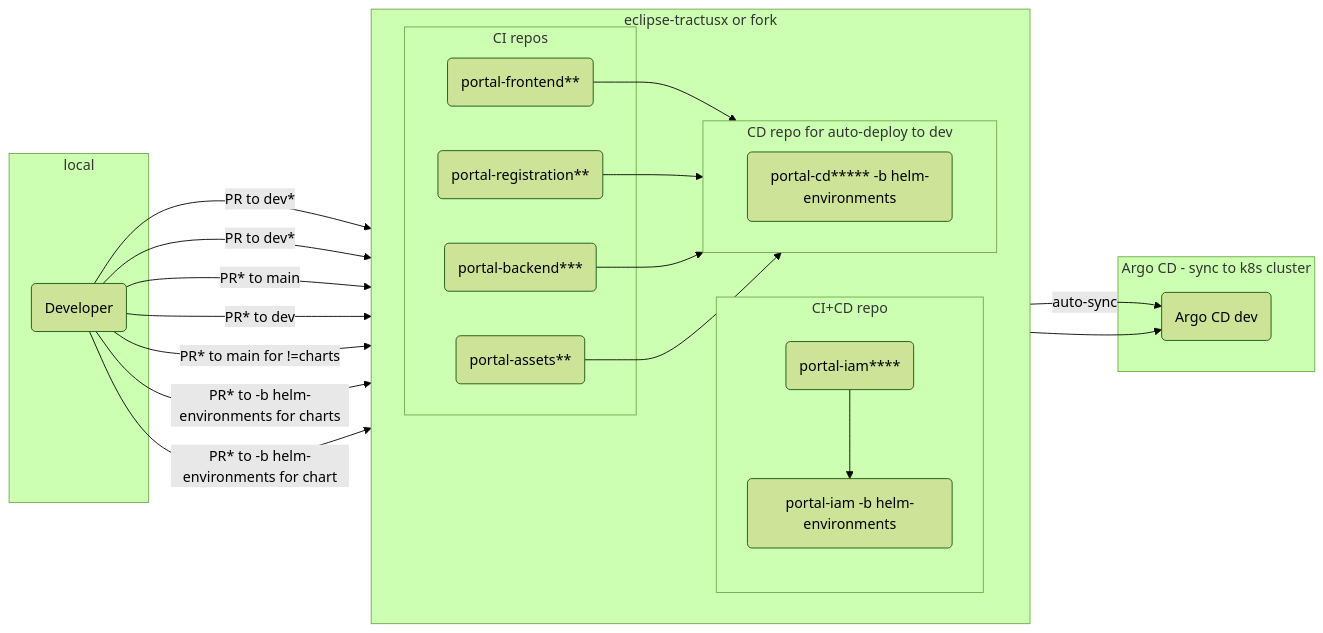
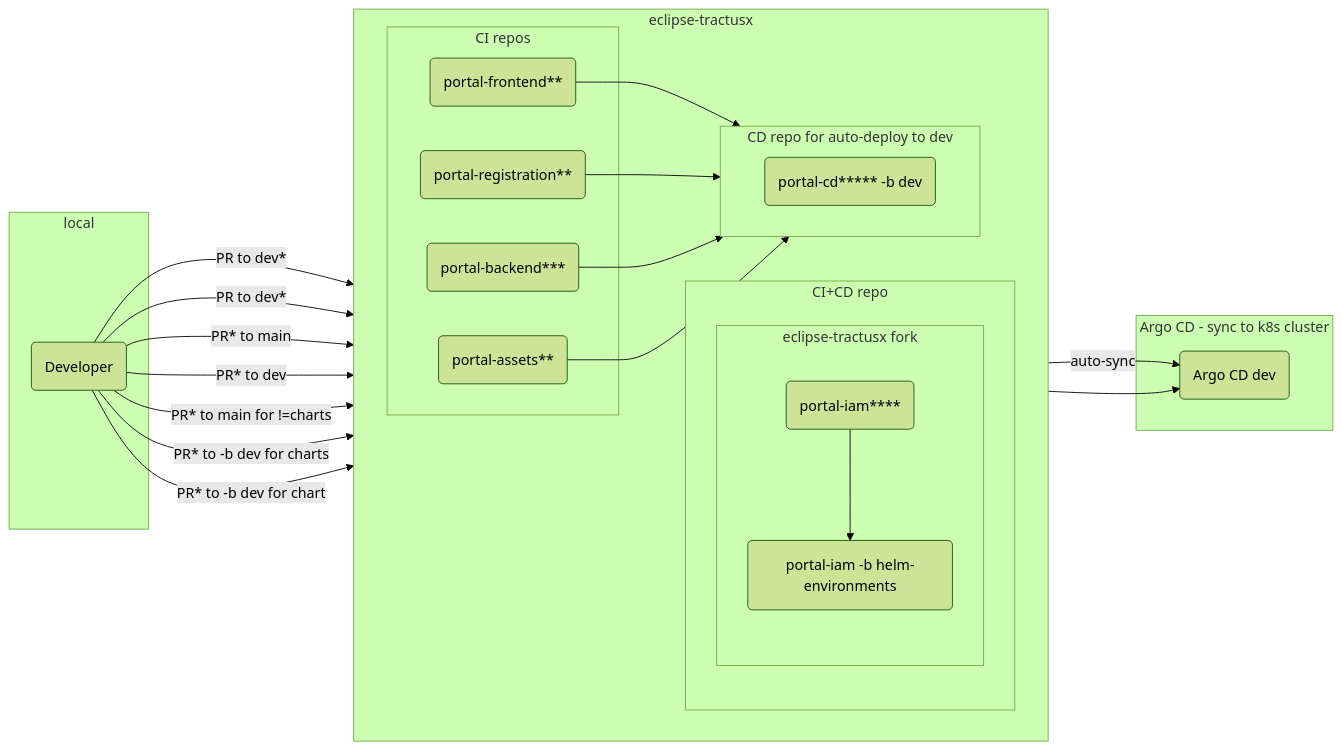
One commit to eclipse-tractusx/portal-assets changed the diagram in developer/Technical Documentation/Dev Process/Dev-flow_deploy-dev-env.md. Above: the diagram before and after it, drawn with Mermaid (forest theme). The commit also changed 1 other file, not shown here.

Commit message:
docs: update dev and release process due to working mode change with feature pull requests directly to eclipse-tractusx

````diff
--- a/developer/Technical Documentation/Dev Process/Dev-flow_deploy-dev-env.md
+++ b/developer/Technical Documentation/Dev Process/Dev-flow_deploy-dev-env.md
@@ -3,40 +3,43 @@
 ```mermaid
 flowchart LR
     subgraph local
     D(Developer)
     end
-    subgraph eclipse-tractusx or fork
+    subgraph eclipse-tractusx
         direction LR
         subgraph CI repos
             D -- PR to dev* --> PF(portal-frontend**)
             D -- PR to dev* --> PR(portal-registration**)
             D -- PR* to main --> PA(portal-assets**)
             D -- PR* to dev--> PB(portal-backend***)
             click PF "https://github.com/eclipse-tractusx/portal-frontend"
             click PR "https://github.com/eclipse-tractusx/portal-frontend-registration"
             click PA "https://github.com/eclipse-tractusx/portal-assets"
             click PB "https://github.com/eclipse-tractusx/portal-backend"
         end
         subgraph CI+CD repo
             direction TB
             D -- PR* to main for !=charts --> PI(portal-iam****)
-            D -- PR* to -b helm-environments for charts --> PI
-            PI --> PICD(portal-iam -b helm-environments)
-            click PI "https://github.com/eclipse-tractusx/portal-iam"
+            D -- PR* to -b dev for charts --> PI
+            subgraph eclipse-tractusx fork
+                direction TB
+                PI --> PICD(portal-iam -b helm-environments)
+                click PI "https://github.com/eclipse-tractusx/portal-iam"
+            end
         end
         subgraph CD repo for auto-deploy to dev
             direction LR
-            PF --> CD(portal-cd***** -b helm-environments)
+            PF --> CD(portal-cd***** -b dev)
             PR --> CD
             PB --> CD
             PA --> CD
-            D -- PR* to -b helm-environments for chart --> CD
+            D -- PR* to -b dev for chart --> CD
             click CD "https://github.com/eclipse-tractusx/portal-cd"
         end
     end
     subgraph Argo CD - sync to k8s cluster
     CD -- auto-sync --> A(Argo CD dev)
     PICD --> A
     click A "https://argo.dev.demo.catena-x.net"
     end
 ```
````
